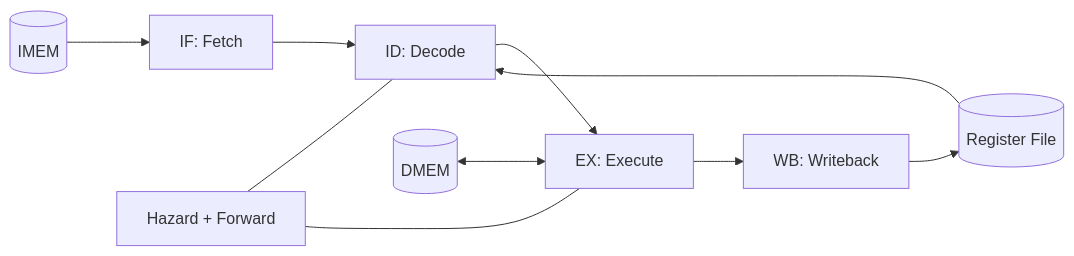
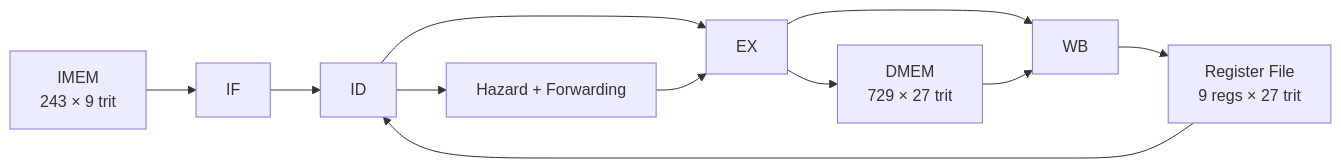
Before and after one commit to ofFBeaT9/Tritone-V2: the fifth of 5 diagrams in README.md, drawn with Mermaid. The commit also changed other lines of this file, not shown here.

````diff
--- a/README.md
+++ b/README.md
@@ -138,12 +147,13 @@
 ```mermaid
 flowchart LR
-  IF[IF: Fetch] --> ID[ID: Decode]
-  ID --> EX[EX: Execute]
-  EX --> WB[WB: Writeback]
-  WB --> RF[(Register File)]
+  IMEM[IMEM\n243 × 9 trit] --> IF[IF]
+  IF --> ID[ID]
+  ID --> EX[EX]
+  EX --> WB[WB]
+  WB --> RF[Register File\n9 regs × 27 trit]
   RF --> ID
-  IMEM[(IMEM)] --> IF
-  DMEM[(DMEM)] <--> EX
-  HZ[Hazard + Forward] --- ID
-  HZ --- EX
+  EX --> DMEM[DMEM\n729 × 27 trit]
+  DMEM --> WB
+  ID --> HZ[Hazard + Forwarding]
+  HZ --> EX
 ```
````
